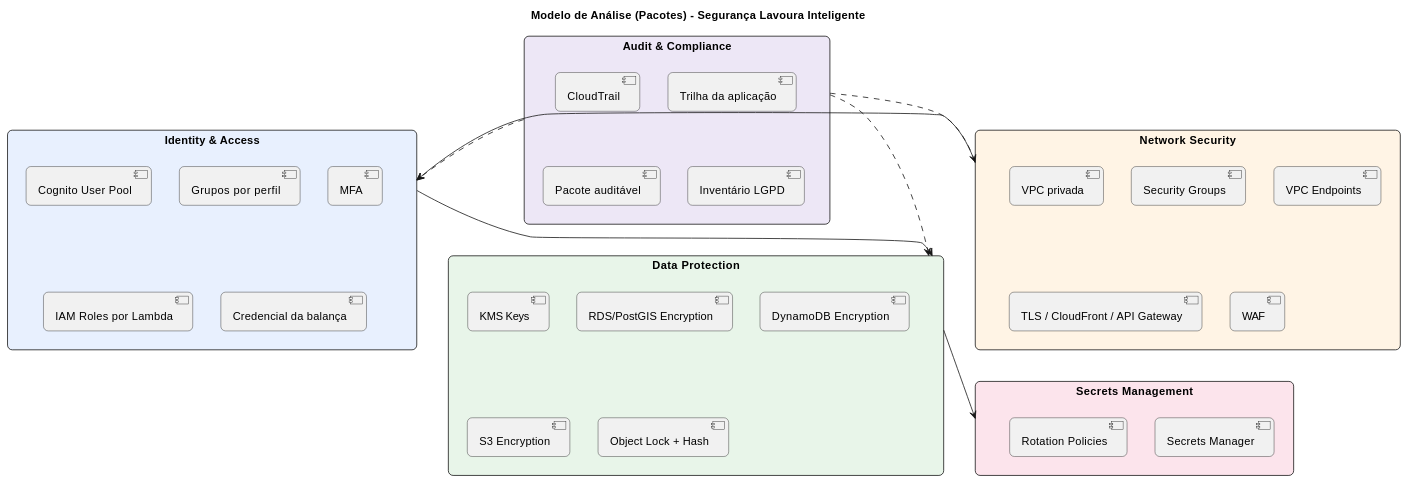
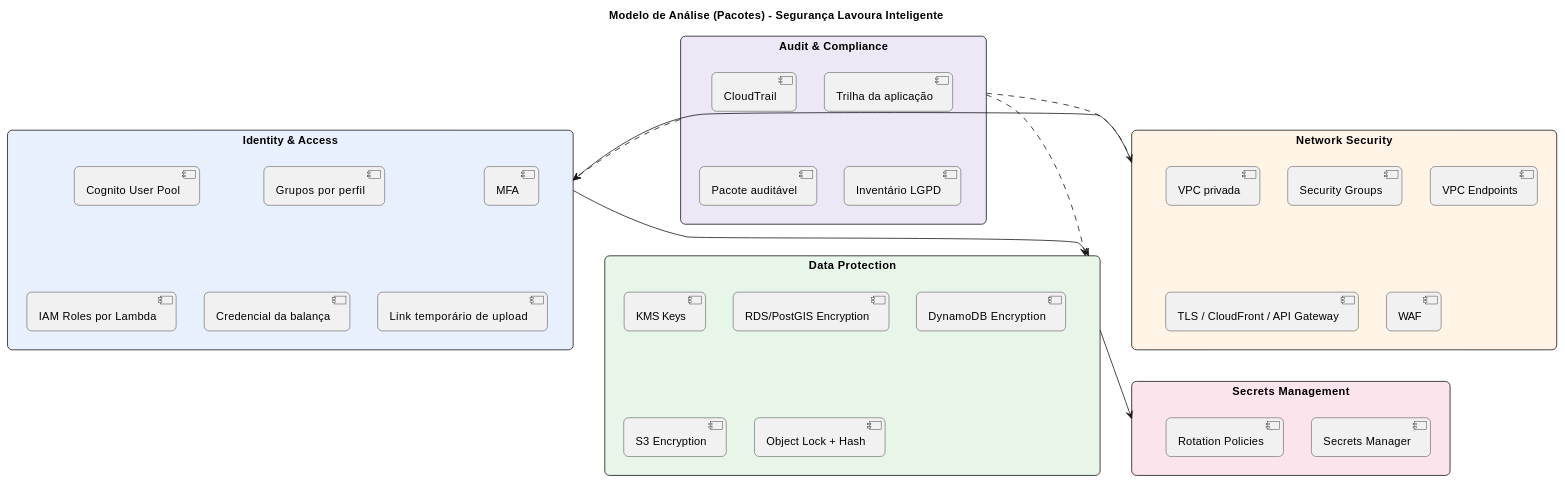
One commit to Projetos-de-Extensao/PC_ADS_26.2_8001_II changed the first of 6 diagrams in docs/Elaboracao/modelo_analise_seguranca.md. Above: the diagram before and after it, drawn with PlantUML. The commit also changed other lines of this file and 7 other files, not shown here.

````diff
--- a/docs/Elaboracao/modelo_analise_seguranca.md
+++ b/docs/Elaboracao/modelo_analise_seguranca.md
@@ -64,50 +65,51 @@
 ```plantuml
 @startuml LavouraInteligente_PacotesSeguranca
 skinparam roundCorner 12
 skinparam packageStyle rectangle
 title Modelo de Análise (Pacotes) - Segurança Lavoura Inteligente
 
 package "Identity & Access" as IAM_PKG #E8F0FE {
   [Cognito User Pool]
   [Grupos por perfil]
   [MFA]
   [IAM Roles por Lambda]
   [Credencial da balança]
+  [Link temporário de upload]
 }
 
 package "Network Security" as NET_PKG #FFF4E5 {
   [VPC privada]
   [Security Groups]
   [VPC Endpoints]
   [TLS / CloudFront / API Gateway]
   [WAF]
 }
 
 package "Data Protection" as DATA_PKG #E8F5E9 {
   [KMS Keys]
   [RDS/PostGIS Encryption]
   [DynamoDB Encryption]
   [S3 Encryption]
   [Object Lock + Hash]
 }
 
 package "Secrets Management" as SEC_PKG #FCE4EC {
   [Secrets Manager]
   [Rotation Policies]
 }
 
 package "Audit & Compliance" as AUD_PKG #EDE7F6 {
   [CloudTrail]
   [Trilha da aplicação]
   [Pacote auditável]
   [Inventário LGPD]
 }
 
 NET_PKG --> IAM_PKG
 IAM_PKG --> DATA_PKG
 DATA_PKG --> SEC_PKG
 AUD_PKG ..> IAM_PKG
 AUD_PKG ..> NET_PKG
 AUD_PKG ..> DATA_PKG
 @enduml
 ```
````
